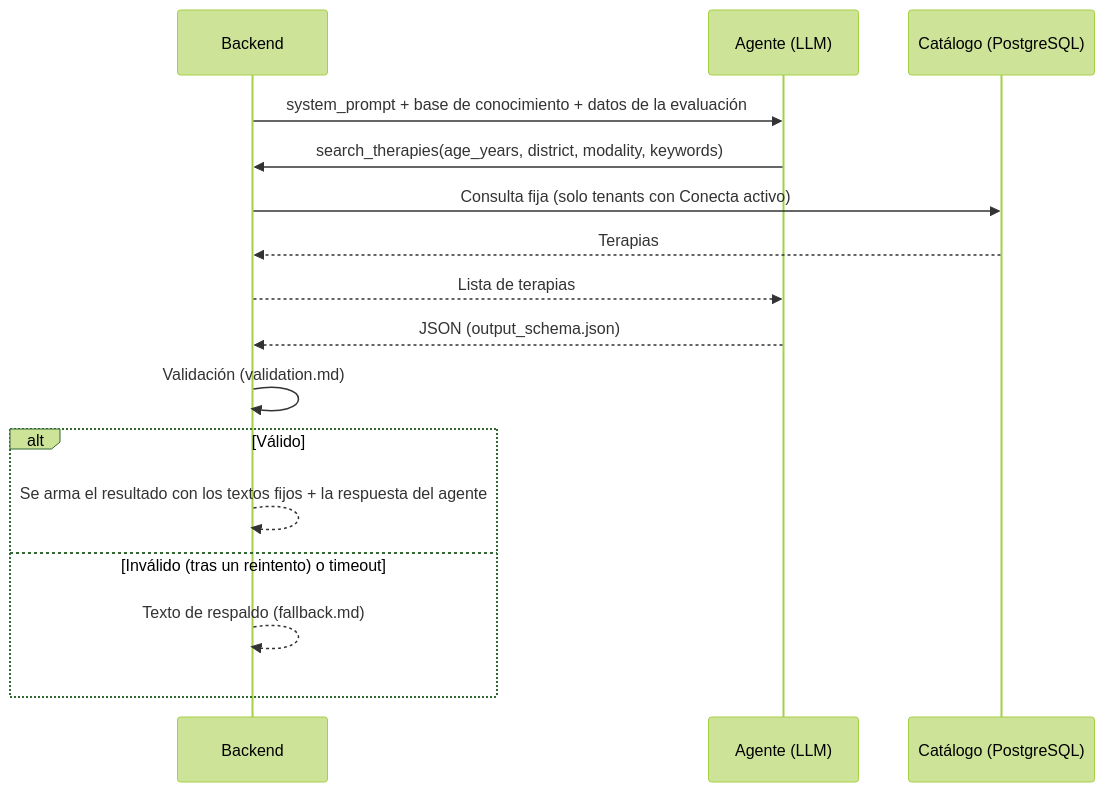
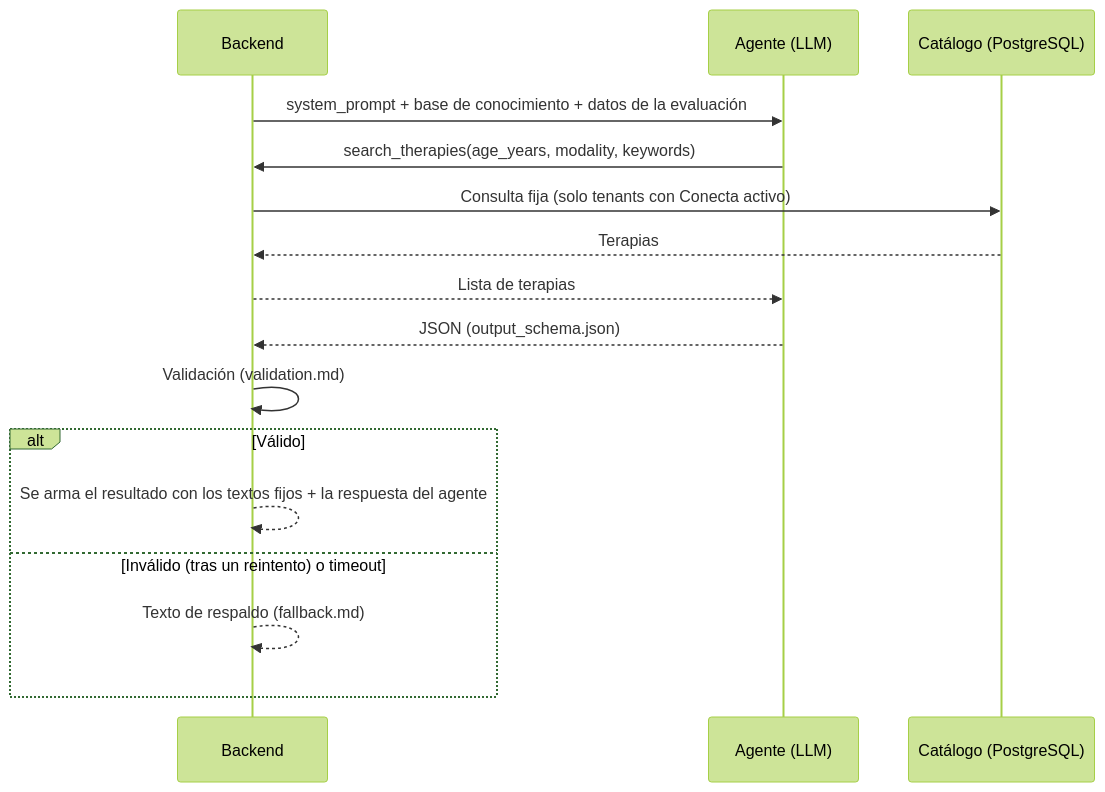
One commit to ErnestoSCL/neuroa-modelo-tamizaje changed the diagram in agent/README.md. Above: the diagram before and after it, drawn with Mermaid (forest theme). The commit also changed 1 other file, not shown here.

Commit message:
Quitar menciones de distrito que quedaban en los README del agente
Claude-Session: https://claude.ai/code/session_01K9EZ9W4BrrQE4CRXA2cMkV

````diff
--- a/agent/README.md
+++ b/agent/README.md
@@ -19,18 +19,18 @@
 ```mermaid
 sequenceDiagram
     participant A as Backend
     participant L as Agente (LLM)
     participant DB as Catálogo (PostgreSQL)
     A->>L: system_prompt + base de conocimiento + datos de la evaluación
-    L->>A: search_therapies(age_years, district, modality, keywords)
+    L->>A: search_therapies(age_years, modality, keywords)
     A->>DB: Consulta fija (solo tenants con Conecta activo)
     DB-->>A: Terapias
     A-->>L: Lista de terapias
     L-->>A: JSON (output_schema.json)
     A->>A: Validación (validation.md)
     alt Válido
         A-->>A: Se arma el resultado con los textos fijos + la respuesta del agente
     else Inválido (tras un reintento) o timeout
         A-->>A: Texto de respaldo (fallback.md)
     end
 ```
````
